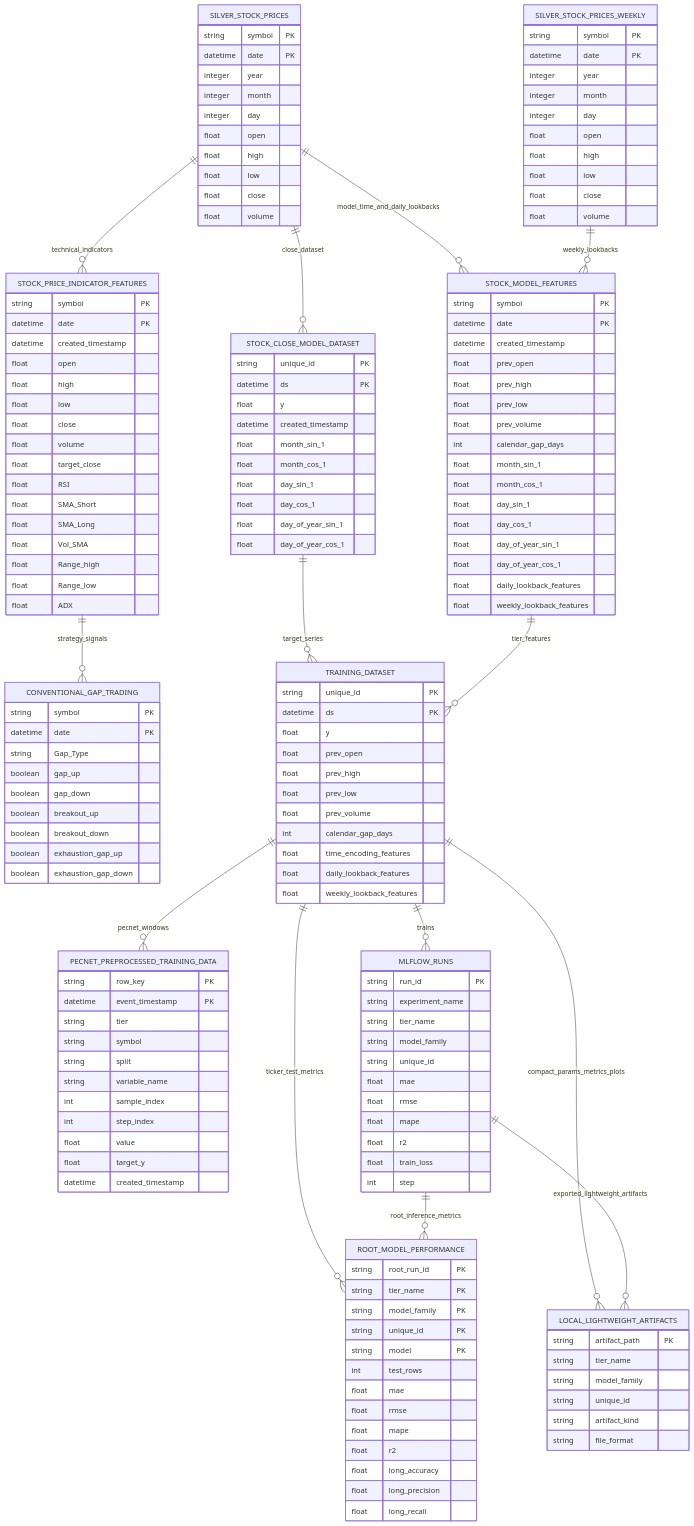
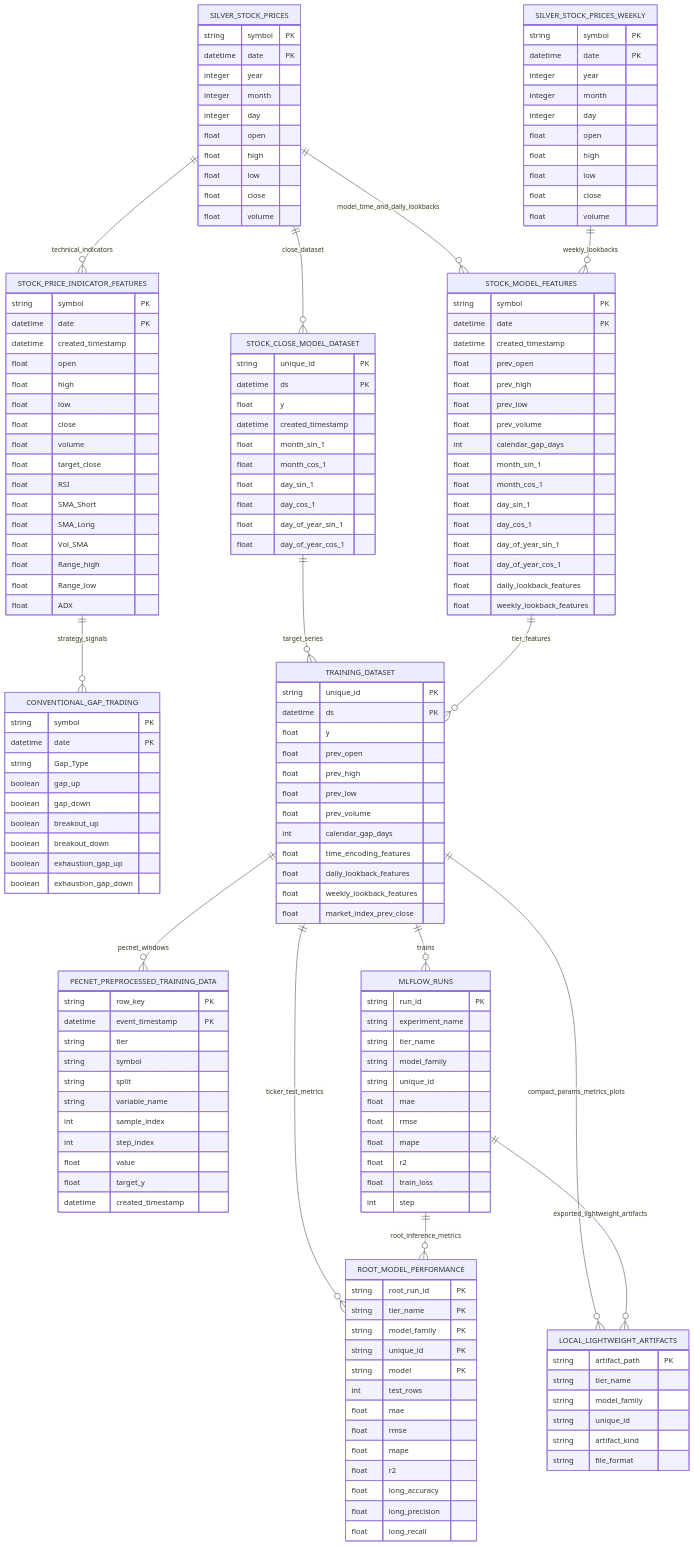
One commit to Batuhansaylam26/algo_trading changed the second of 2 diagrams in docs/stock_close_oop_and_data_diagrams.md. Above: the diagram before and after it, drawn with Mermaid. The commit also changed other lines of this file and 27 other files, not shown here.

```diff
--- a/docs/stock_close_oop_and_data_diagrams.md
+++ b/docs/stock_close_oop_and_data_diagrams.md
@@ -370,6 +370,7 @@
         float time_encoding_features
         float daily_lookback_features
         float weekly_lookback_features
+        float market_index_prev_close
     }
 
     PECNET_PREPROCESSED_TRAINING_DATA {
```
